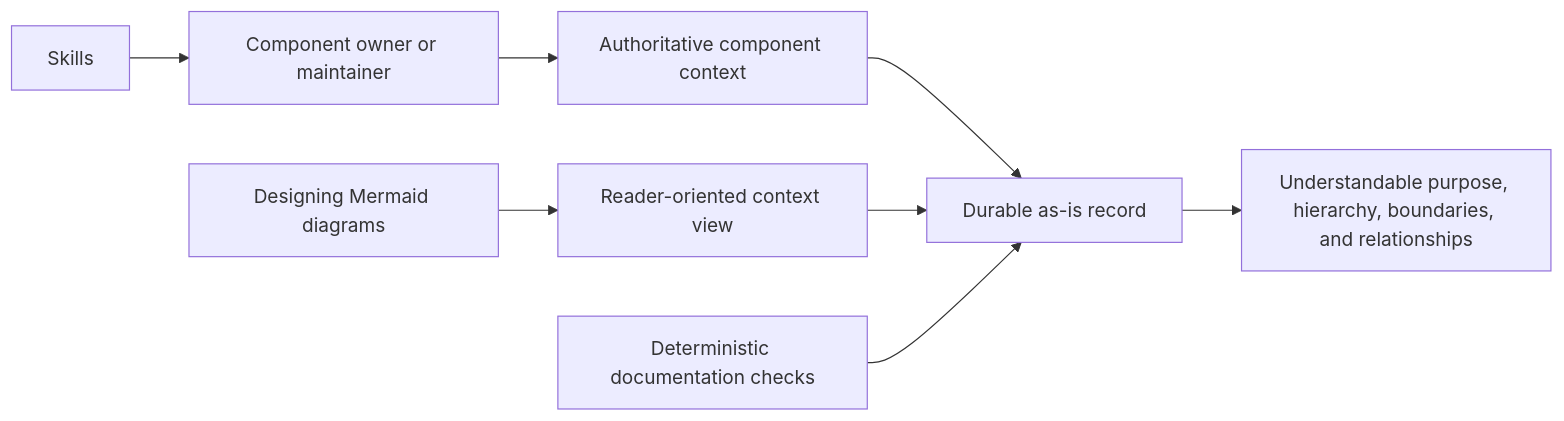
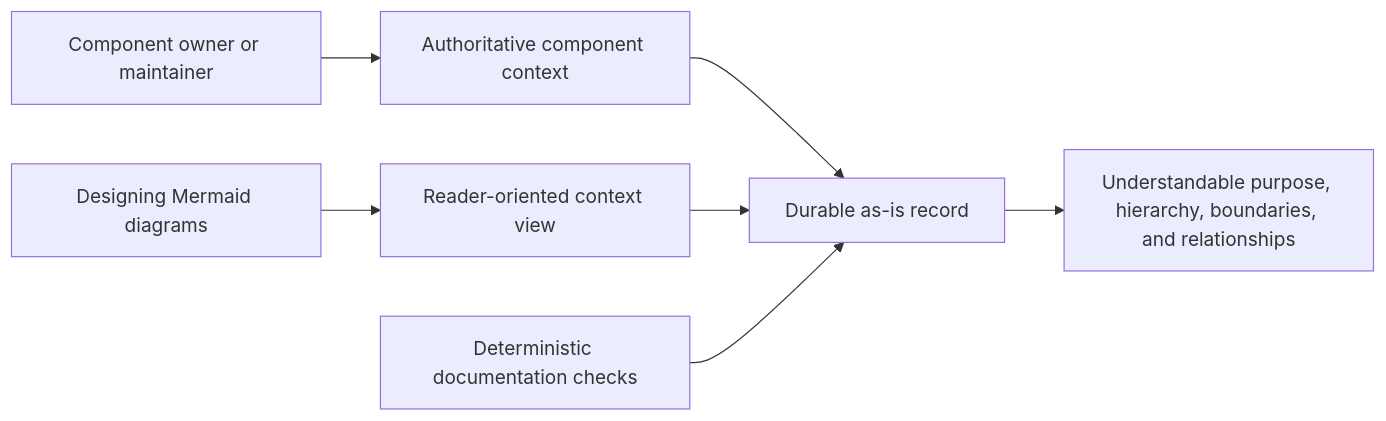
Before and after one commit to abstract-business-systems/as-is: the diagram in skills/managing-as-is-document/as-is.md, drawn with Mermaid. The commit also changed other lines of this file and 51 other files, not shown here.

Commit message:
docs(as-is): improve hierarchical architecture documentation

````diff
--- a/skills/managing-as-is-document/as-is.md
+++ b/skills/managing-as-is-document/as-is.md
@@ -24,11 +24,9 @@
 ```mermaid
 flowchart LR
-    Parent[Skills] --> AUTHOR[Component owner or maintainer] --> CONTEXT[Authoritative component context]
-    CONTEXT --> RECORD[Durable as-is record]
-    DIAGRAM[Designing Mermaid diagrams] --> VIEW[Reader-oriented context view]
+    AUTHOR["Component owner or maintainer"] --> CONTEXT["Authoritative component context"]
+    CONTEXT --> RECORD["Durable as-is record"]
+    DIAGRAM["Designing Mermaid diagrams"] --> VIEW["Reader-oriented context view"]
     VIEW --> RECORD
-    RECORD --> READER[Understandable purpose, hierarchy, boundaries, and relationships]
-    CHECKS[Deterministic documentation checks] --> RECORD
-
-    click Parent href "../as-is.md#design" "Open Skills design"
+    RECORD --> READER["Understandable purpose, hierarchy, boundaries, and relationships"]
+    CHECKS["Deterministic documentation checks"] --> RECORD
 ```
````
